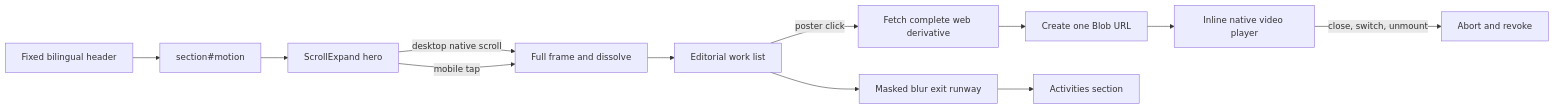
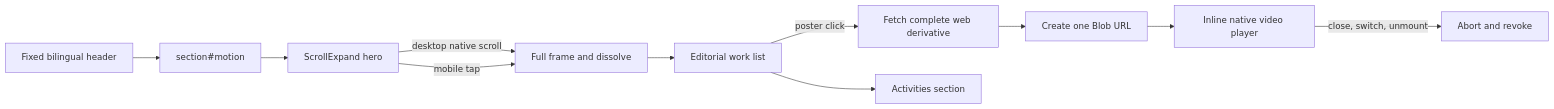
The diagram in docs/design/motion-scroll-expand.md (zzzhhn/personal-website), drawn with Mermaid before and after one commit. The commit also changed other lines of this file and 13 other files, not shown here.

````diff
--- a/docs/design/motion-scroll-expand.md
+++ b/docs/design/motion-scroll-expand.md
@@ -27,14 +28,13 @@
 ```mermaid
 flowchart LR
   Header[Fixed bilingual header] --> Anchor[section#motion]
   Anchor --> Expand[ScrollExpand hero]
   Expand -->|desktop native scroll| Dissolve[Full frame and dissolve]
   Expand -->|mobile tap| Dissolve
   Dissolve --> Works[Editorial work list]
   Works -->|poster click| Fetch[Fetch complete web derivative]
   Fetch --> Blob[Create one Blob URL]
   Blob --> Player[Inline native video player]
   Player -->|close, switch, unmount| Release[Abort and revoke]
-  Works --> Exit[Masked blur exit runway]
-  Exit --> Activities[Activities section]
+  Works --> Activities[Activities section]
 ```
````
